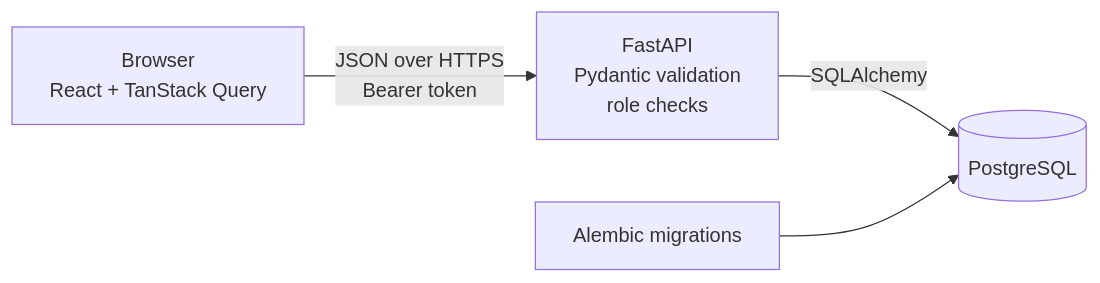
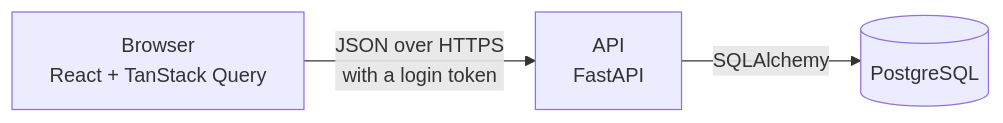
One commit to manikantasriram/hotel-booking-manager changed the diagram in README.md. Above: the diagram before and after it, drawn with Mermaid. The commit also changed other lines of this file and 1 other file, not shown here.

````diff
--- a/README.md
+++ b/README.md
@@ -37,6 +44,5 @@
 ```mermaid
 flowchart LR
-  B[Browser<br/>React + TanStack Query] -- JSON over HTTPS<br/>Bearer token --> A[FastAPI<br/>Pydantic validation<br/>role checks]
-  A -- SQLAlchemy --> D[(PostgreSQL)]
-  M[Alembic migrations] --> D
+  B["Browser<br/>React + TanStack Query"] -- "JSON over HTTPS<br/>with a login token" --> A["API<br/>FastAPI"]
+  A -- "SQLAlchemy" --> D[("PostgreSQL")]
 ```
````
